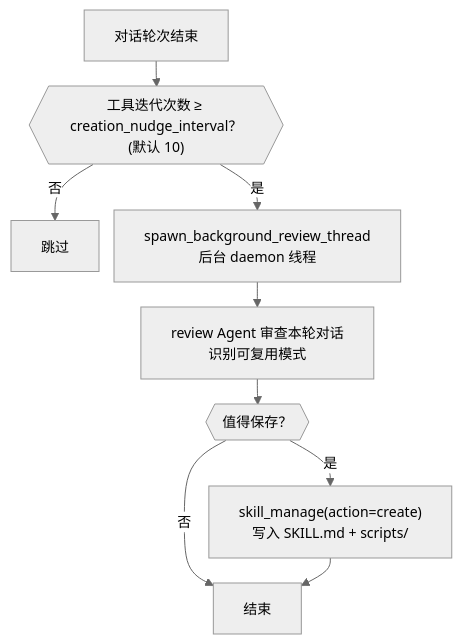
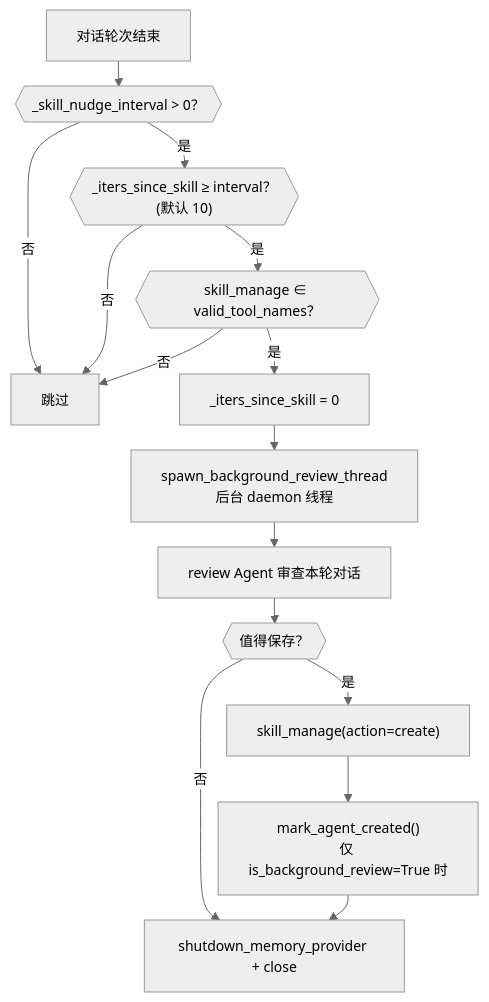
Before and after one commit to fang-lin/hermes-agent-code-analysis: the second of 3 diagrams in docs/zh/04-技能系统.md, drawn with Mermaid. The commit also changed other lines of this file, not shown here.

````diff
--- a/docs/zh/04-技能系统.md
+++ b/docs/zh/04-技能系统.md
@@ -147,12 +174,18 @@
 ```mermaid
 %%{init: {"theme": "neutral", "themeVariables": {"fontSize": "14px"}, "flowchart": {"nodeSpacing": 15, "rankSpacing": 25}}}%%
 flowchart TD
-    TURN["对话轮次结束"] --> CHECK{{"工具迭代次数 ≥ creation_nudge_interval？<br/>#40;默认 10#41;"}}
-    CHECK -->|否| SKIP["跳过"]
-    CHECK -->|是| FORK["spawn_background_review_thread<br/>后台 daemon 线程"]
-    FORK --> REVIEW["review Agent 审查本轮对话<br/>识别可复用模式"]
+    TURN["对话轮次结束"] --> C1{{"_skill_nudge_interval > 0？"}}
+    C1 -->|否| SKIP["跳过"]
+    C1 -->|是| C2{{"_iters_since_skill ≥ interval？<br/>#40;默认 10#41;"}}
+    C2 -->|否| SKIP
+    C2 -->|是| C3{{"skill_manage ∈ valid_tool_names？"}}
+    C3 -->|否| SKIP
+    C3 -->|是| RESET["_iters_since_skill = 0"]
+    RESET --> FORK["spawn_background_review_thread<br/>后台 daemon 线程"]
+    FORK --> REVIEW["review Agent 审查本轮对话"]
     REVIEW --> DECIDE{{"值得保存？"}}
-    DECIDE -->|否| DONE["结束"]
-    DECIDE -->|是| CREATE["skill_manage#40;action=create#41;<br/>写入 SKILL.md + scripts/"]
-    CREATE --> DONE
+    DECIDE -->|否| CLEANUP["shutdown_memory_provider + close"]
+    DECIDE -->|是| CREATE["skill_manage#40;action=create#41;"]
+    CREATE --> MARK["mark_agent_created#40;#41;<br/>仅 is_background_review=True 时"]
+    MARK --> CLEANUP
 ```
````
